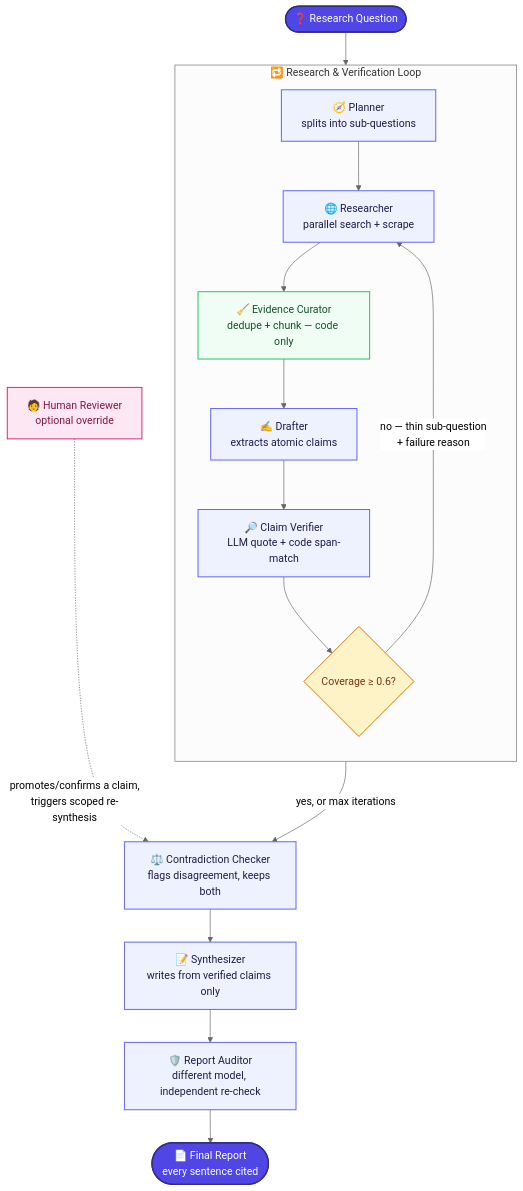
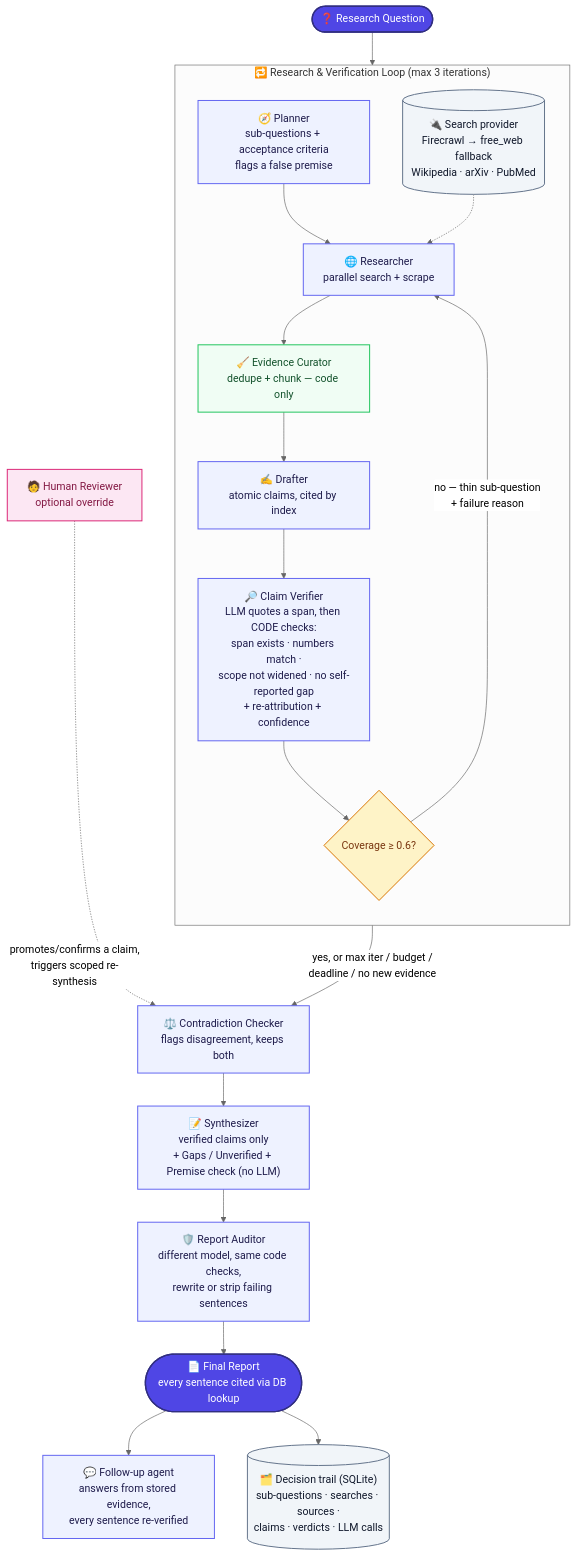
Before and after one commit to vinod1rai249-max/-deepdive-agent-arena-2026: the diagram in README.md, drawn with Mermaid (neutral theme). The commit also changed other lines of this file and 2 other files, not shown here.

Commit message:
Docs: redraw architecture diagrams to match the frozen implementation
README mermaid flowchart and BLUEPRINT section 4 now show the search-provider
fallback, the Verifier/Auditor code checks (span, numbers, scope, self-reported
gap), the Synthesizer's Gaps/Premise output, the Follow-up agent and the trail.

````diff
--- a/README.md
+++ b/README.md
@@ -35,33 +35,39 @@
 ```mermaid
 flowchart TD
     Q(["❓ Research Question"]) --> Planner
 
-    subgraph LOOP["🔁 Research &amp; Verification Loop"]
+    subgraph LOOP["🔁 Research &amp; Verification Loop (max 3 iterations)"]
         direction TB
-        Planner["🧭 Planner<br/>splits into sub-questions"] --> Researcher
+        Planner["🧭 Planner<br/>sub-questions + acceptance criteria<br/>flags a false premise"] --> Researcher
         Researcher["🌐 Researcher<br/>parallel search + scrape"] --> Curator
+        Search[("🔌 Search provider<br/>Firecrawl → free_web fallback<br/>Wikipedia · arXiv · PubMed")] -.-> Researcher
         Curator["🧹 Evidence Curator<br/>dedupe + chunk — code only"] --> Drafter
-        Drafter["✍️ Drafter<br/>extracts atomic claims"] --> Verifier
-        Verifier["🔎 Claim Verifier<br/>LLM quote + code span-match"] --> Check{"Coverage ≥ 0.6?"}
+        Drafter["✍️ Drafter<br/>atomic claims, cited by index"] --> Verifier
+        Verifier["🔎 Claim Verifier<br/>LLM quotes a span, then CODE checks:<br/>span exists · numbers match ·<br/>scope not widened · no self-reported gap<br/>+ re-attribution + confidence"] --> Check{"Coverage ≥ 0.6?"}
         Check -- "no — thin sub-question<br/>+ failure reason" --> Researcher
     end
 
-    Check -- "yes, or max iterations" --> Contradiction
+    Check -- "yes, or max iter / budget /<br/>deadline / no new evidence" --> Contradiction
     Contradiction["⚖️ Contradiction Checker<br/>flags disagreement, keeps both"] --> Synthesizer
-    Synthesizer["📝 Synthesizer<br/>writes from verified claims only"] --> Auditor
-    Auditor["🛡️ Report Auditor<br/>different model, independent re-check"] --> Report(["📄 Final Report<br/>every sentence cited"])
+    Synthesizer["📝 Synthesizer<br/>verified claims only<br/>+ Gaps / Unverified + Premise check (no LLM)"] --> Auditor
+    Auditor["🛡️ Report Auditor<br/>different model, same code checks,<br/>rewrite or strip failing sentences"] --> Report(["📄 Final Report<br/>every sentence cited via DB lookup"])
+
+    Report --> Followup["💬 Follow-up agent<br/>answers from stored evidence,<br/>every sentence re-verified"]
+    Report --> Trail[("🗂️ Decision trail (SQLite)<br/>sub-questions · searches · sources ·<br/>claims · verdicts · LLM calls")]
 
     Human["🧑 Human Reviewer<br/>optional override"] -. "promotes/confirms a claim,<br/>triggers scoped re-synthesis" .-> Contradiction
 
     classDef agent fill:#EEF2FF,stroke:#6366F1,stroke-width:1.5px,color:#1E1B4B;
     classDef code fill:#F0FDF4,stroke:#22C55E,stroke-width:1.5px,color:#14532D;
     classDef decision fill:#FEF3C7,stroke:#D97706,stroke-width:1.5px,color:#78350F;
     classDef endpoint fill:#4F46E5,stroke:#312E81,stroke-width:2px,color:#FFFFFF;
     classDef human fill:#FCE7F3,stroke:#DB2777,stroke-width:1.5px,color:#831843;
+    classDef store fill:#F1F5F9,stroke:#64748B,stroke-width:1.5px,color:#0F172A;
 
-    class Planner,Researcher,Drafter,Verifier,Contradiction,Synthesizer,Auditor agent;
+    class Planner,Researcher,Drafter,Verifier,Contradiction,Synthesizer,Auditor,Followup agent;
     class Curator code;
     class Check decision;
     class Q,Report endpoint;
     class Human human;
+    class Search,Trail store;
 ```
````
